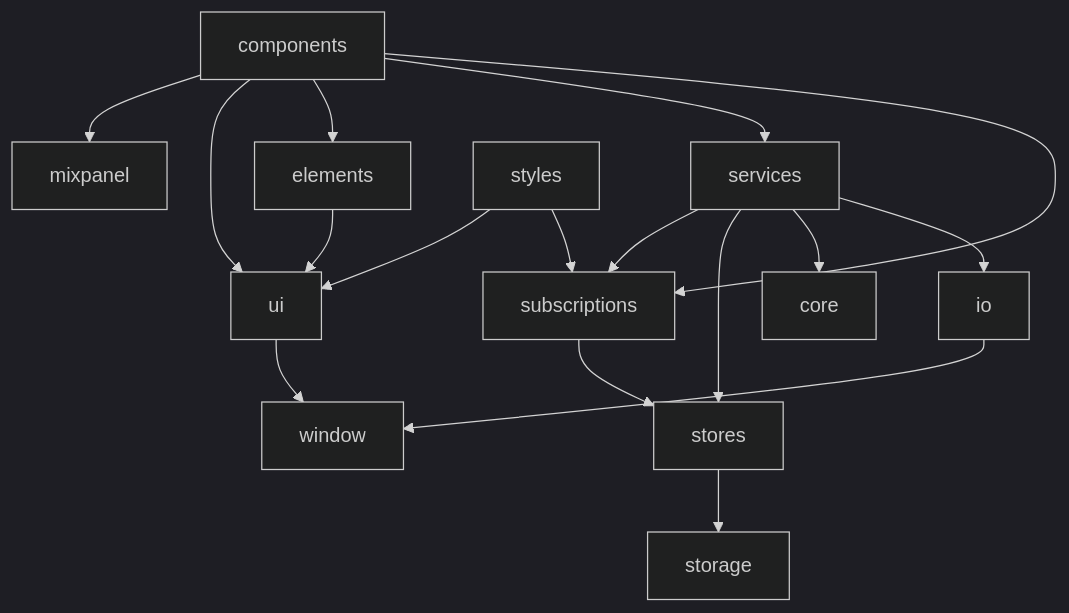
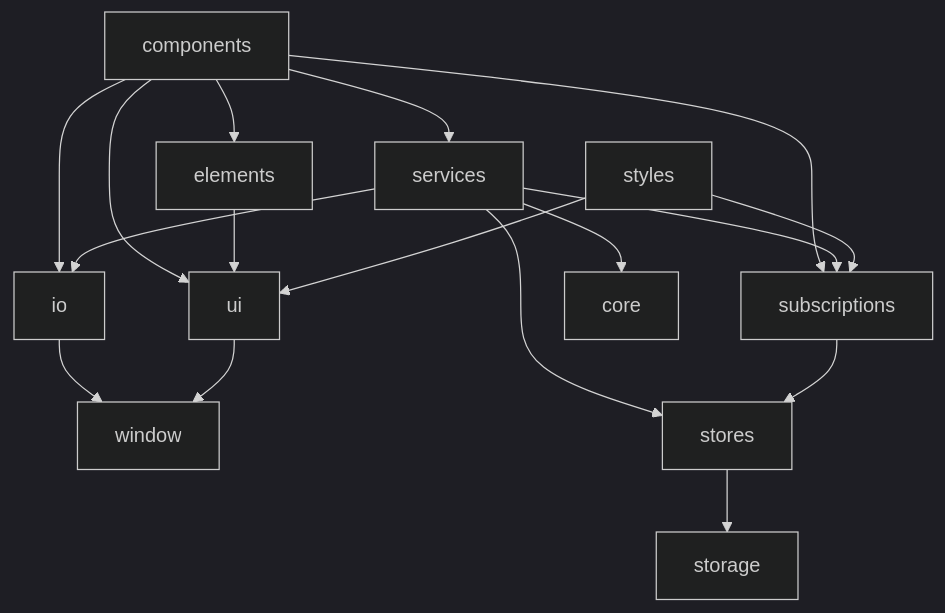
The diagram in README.md (mattriley/agile-avatars), drawn with Mermaid (dark theme) before and after one commit. The commit also changed other lines of this file and 11 other files, not shown here.

````diff
--- a/README.md
+++ b/README.md
@@ -312,19 +304,19 @@
 ```mermaid
 graph TD;
-    components-->mixpanel;
+    components-->io;
     components-->ui;
     components-->elements;
     components-->services;
     components-->subscriptions;
     elements-->ui;
     io-->window;
     services-->subscriptions;
     services-->stores;
     services-->core;
     services-->io;
     stores-->storage;
     styles-->ui;
     styles-->subscriptions;
     subscriptions-->stores;
     ui-->window;
 ```
````
